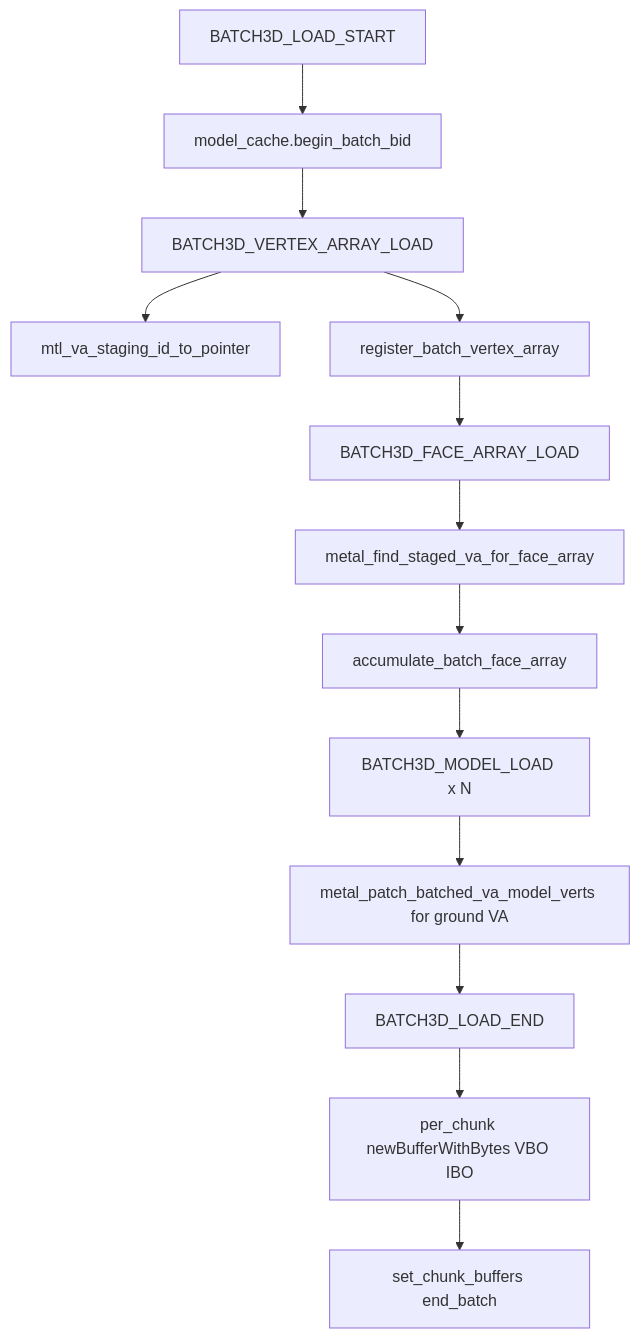
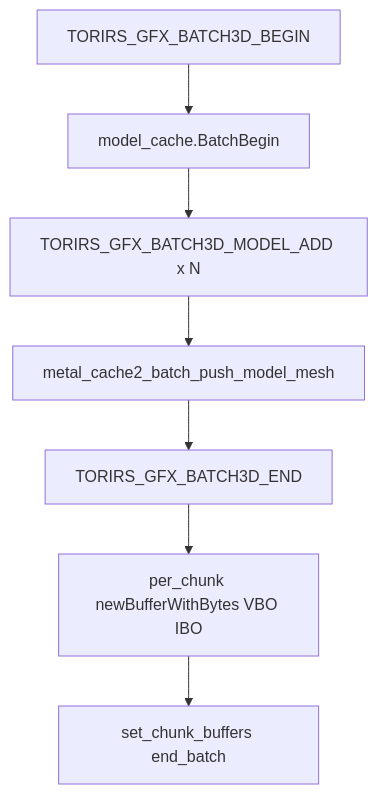
One commit to MRobertEvers/oldschool-clientc changed the second of 4 diagrams in docs/metal_renderer.md. Above: the diagram before and after it, drawn with Mermaid. The commit also changed other lines of this file and 24 other files, not shown here.

````diff
--- a/docs/metal_renderer.md
+++ b/docs/metal_renderer.md
@@ -137,15 +138,9 @@
 ```mermaid
 flowchart TD
-    Start["BATCH3D_LOAD_START"] --> Open["model_cache.begin_batch_bid"]
-    Open --> VA["BATCH3D_VERTEX_ARRAY_LOAD"]
-    VA --> Staging["mtl_va_staging_id_to_pointer"]
-    VA --> RegVA["register_batch_vertex_array"]
-    RegVA --> FA["BATCH3D_FACE_ARRAY_LOAD"]
-    FA --> FindVA["metal_find_staged_va_for_face_array"]
-    FindVA --> AccFA["accumulate_batch_face_array"]
-    AccFA --> ML["BATCH3D_MODEL_LOAD x N"]
-    ML --> Patch["metal_patch_batched_va_model_verts for ground VA"]
-    Patch --> End["BATCH3D_LOAD_END"]
+    Start["TORIRS_GFX_BATCH3D_BEGIN"] --> Open["model_cache.BatchBegin"]
+    Open --> ML["TORIRS_GFX_BATCH3D_MODEL_ADD x N"]
+    ML --> Push["metal_cache2_batch_push_model_mesh"]
+    Push --> End["TORIRS_GFX_BATCH3D_END"]
     End --> Up["per_chunk newBufferWithBytes VBO IBO"]
     Up --> Set["set_chunk_buffers end_batch"]
 ```
````
